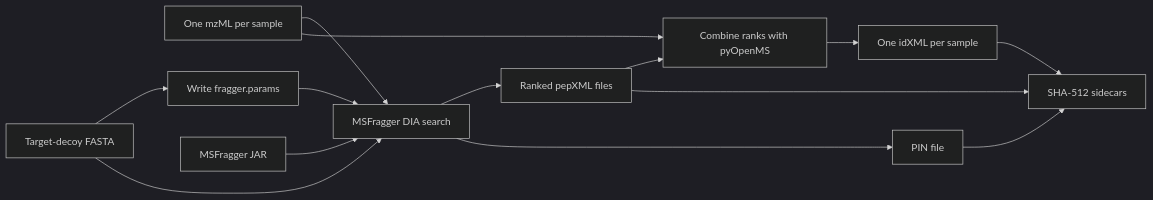
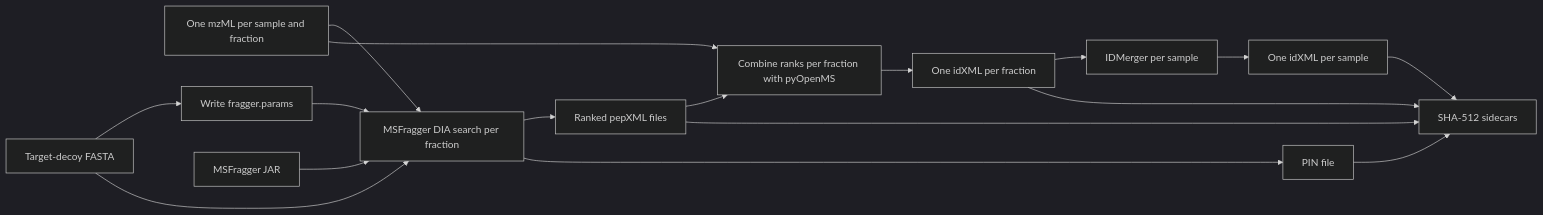
The diagram in README.md (TheBoutrosLab/pipeline-search-ProteomicDIA), drawn with Mermaid (dark theme) before and after one commit. The commit also changed other lines of this file and 21 other files, not shown here.

Commit message:
Support multi-fraction DIA searches and merge sample identifications.

````diff
--- a/README.md
+++ b/README.md
@@ -41,16 +41,19 @@
 ```mermaid
 flowchart LR
-  CSV[One mzML per sample] --> SEARCH[MSFragger DIA search]
+  CSV[One mzML per sample and fraction] --> SEARCH[MSFragger DIA search per fraction]
   FASTA[Target-decoy FASTA] --> PARAMS[Write fragger.params]
   PARAMS --> SEARCH
   JAR[MSFragger JAR] --> SEARCH
   FASTA --> SEARCH
   SEARCH --> PEP[Ranked pepXML files]
   SEARCH --> PIN[PIN file]
-  PEP --> CONVERT[Combine ranks with pyOpenMS]
+  PEP --> CONVERT[Combine ranks per fraction with pyOpenMS]
   CSV --> CONVERT
-  CONVERT --> IDXML[One idXML per sample]
+  CONVERT --> FRACTION[One idXML per fraction]
+  FRACTION --> MERGE[IDMerger per sample]
+  MERGE --> IDXML[One idXML per sample]
   PEP --> HASH[SHA-512 sidecars]
   PIN --> HASH
+  FRACTION --> HASH
   IDXML --> HASH
 ```
````
